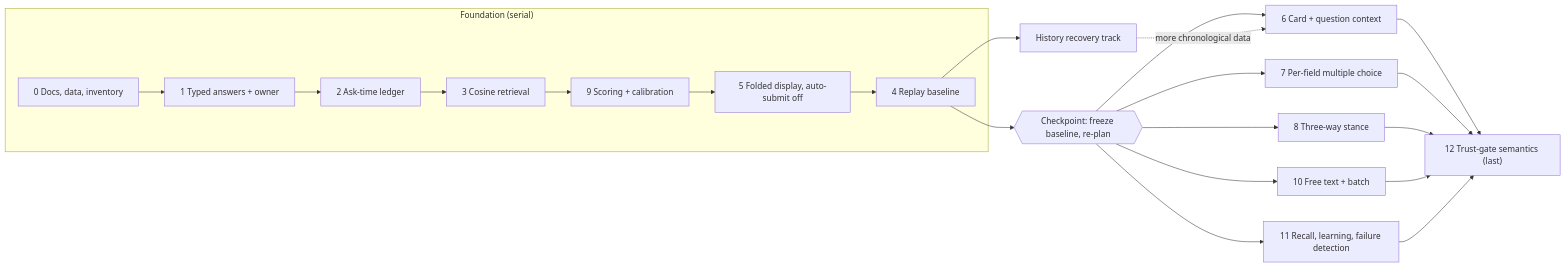
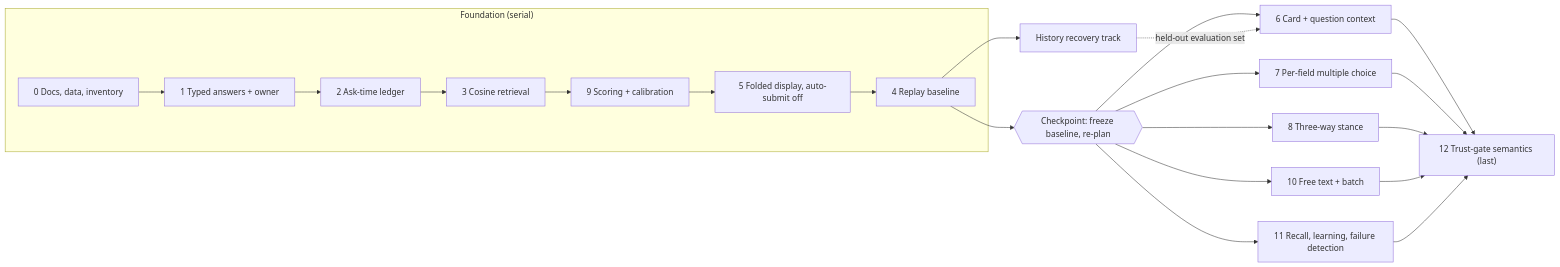
The diagram in src/rnd/v0.2.4/2026.11.17-online-preference-learning-upgrades/2026.11.18-online-preference-learning-remediation-plan.md (deepily/lupin), drawn with Mermaid before and after one commit. The commit also changed other lines of this file, not shown here.

````diff
--- a/src/rnd/v0.2.4/2026.11.17-online-preference-learning-upgrades/2026.11.18-online-preference-learning-remediation-plan.md
+++ b/src/rnd/v0.2.4/2026.11.17-online-preference-learning-upgrades/2026.11.18-online-preference-learning-remediation-plan.md
@@ -53,15 +53,15 @@
 ```mermaid
 flowchart LR
     subgraph F["Foundation (serial)"]
         P0["0 Docs, data, inventory"] --> P1["1 Typed answers + owner"] --> P2["2 Ask-time ledger"] --> P3["3 Cosine retrieval"] --> P9["9 Scoring + calibration"] --> P5["5 Folded display, auto-submit off"] --> P4["4 Replay baseline"]
     end
     P4 --> CP{{"Checkpoint: freeze baseline, re-plan"}}
     CP --> P6["6 Card + question context"]
     CP --> P7["7 Per-field multiple choice"]
     CP --> P8["8 Three-way stance"]
     CP --> P10["10 Free text + batch"]
     CP --> P11["11 Recall, learning, failure detection"]
     P6 & P7 & P8 & P10 & P11 --> P12["12 Trust-gate semantics (last)"]
     P4 --> H["History recovery track"]
-    H -.->|"more chronological data"| P6
+    H -.->|"held-out evaluation set"| P6
 ```
````
